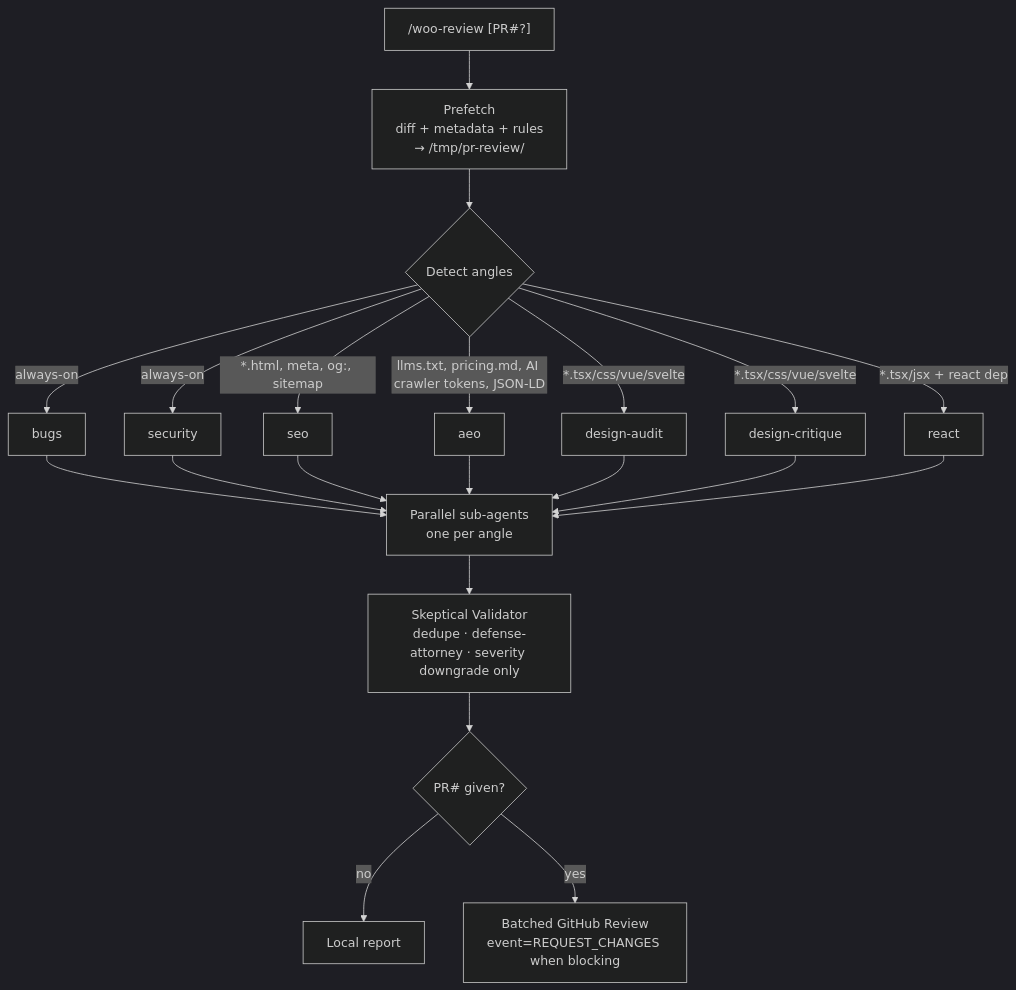
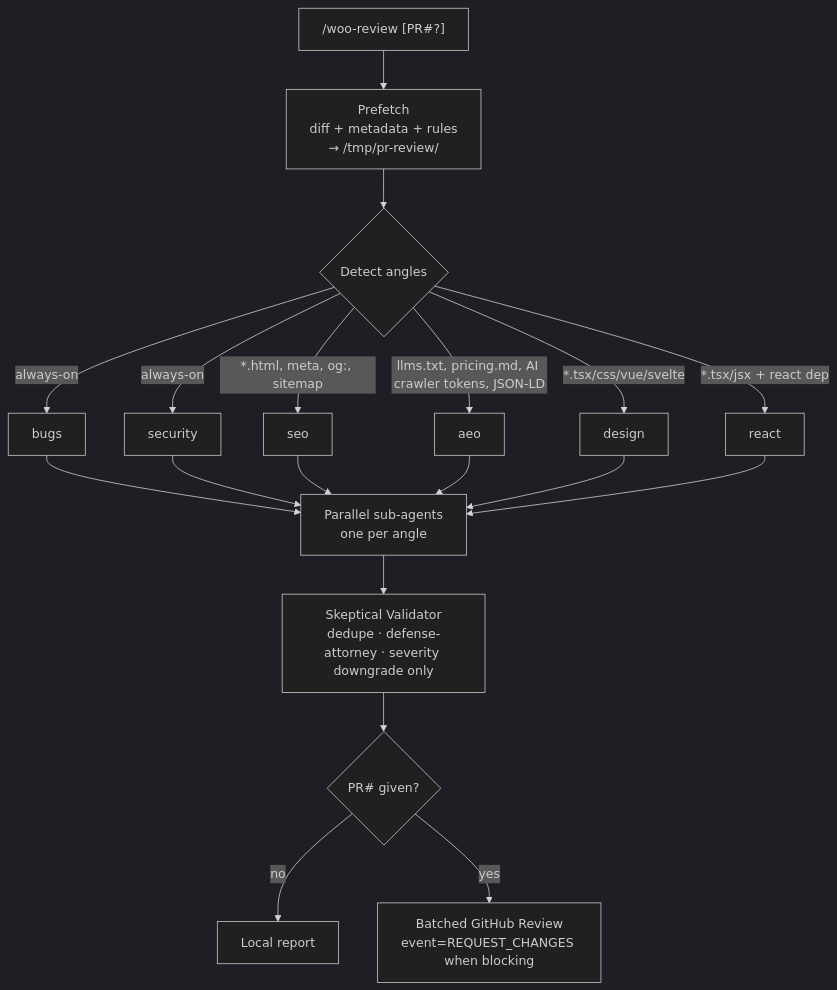
Before and after one commit to howarewoo/woo-review: the diagram in README.md, drawn with Mermaid (dark theme). The commit also changed other lines of this file and 10 other files, not shown here.

First line of the commit message:
refactor(design): merge design-audit + design-critique into single design angle

````diff
--- a/README.md
+++ b/README.md
@@ -34,17 +34,16 @@
 ```mermaid
 flowchart TD
     A["/woo-review [PR#?]"] --> B[Prefetch<br/>diff + metadata + rules<br/>→ /tmp/pr-review/]
     B --> C{Detect angles}
     C -->|always-on| D1[bugs]
     C -->|always-on| D2[security]
     C -->|*.html, meta, og:, sitemap| D3[seo]
     C -->|llms.txt, pricing.md, AI crawler tokens, JSON-LD| D3a[aeo]
-    C -->|*.tsx/css/vue/svelte| D4[design-audit]
-    C -->|*.tsx/css/vue/svelte| D5[design-critique]
+    C -->|*.tsx/css/vue/svelte| D4[design]
     C -->|*.tsx/jsx + react dep| D6[react]
-    D1 & D2 & D3 & D3a & D4 & D5 & D6 --> E[Parallel sub-agents<br/>one per angle]
+    D1 & D2 & D3 & D3a & D4 & D6 --> E[Parallel sub-agents<br/>one per angle]
     E --> F[Skeptical Validator<br/>dedupe · defense-attorney · severity downgrade only]
     F --> G{PR# given?}
     G -->|no| H[Local report]
     G -->|yes| I[Batched GitHub Review<br/>event=REQUEST_CHANGES when blocking]
 ```
````
